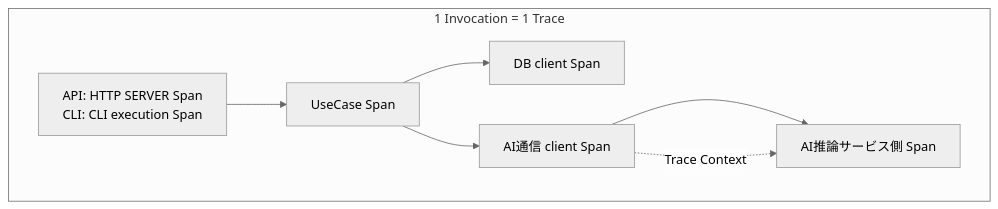
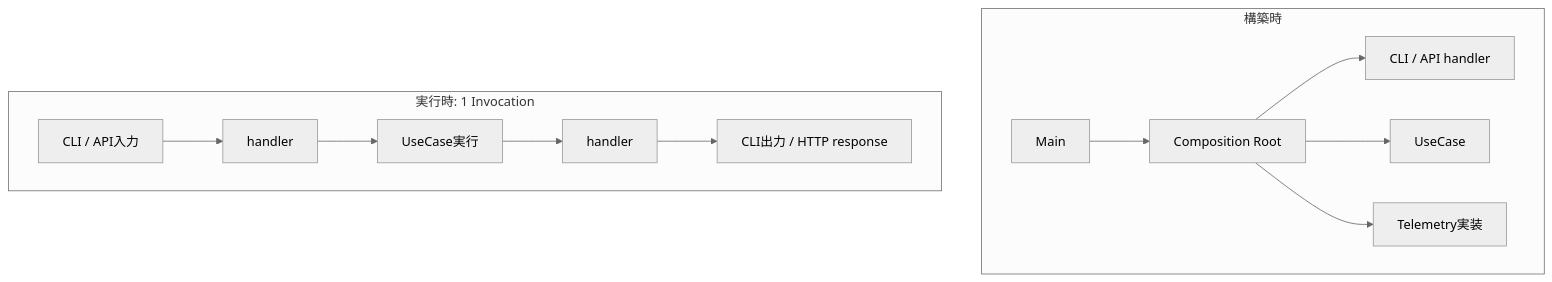
One commit to takashit16833/Workbench changed the second of 2 diagrams in Notes/RAGScope/RAGScopeアプリケーション/RS-0023 Observability設計メモ.md. Above: the diagram before and after it, drawn with Mermaid (neutral theme). The commit also changed other lines of this file and 4 other files, not shown here.

````diff
--- a/Notes/RAGScope/RAGScopeアプリケーション/RS-0023 Observability設計メモ.md
+++ b/Notes/RAGScope/RAGScopeアプリケーション/RS-0023 Observability設計メモ.md
@@ -69,11 +99,16 @@
 ```mermaid
 flowchart TB
-    subgraph TRACE["1 Invocation = 1 Trace"]
-        ENTRY["API: HTTP SERVER Span\nCLI: CLI execution Span"] --> UC["UseCase Span"]
-        UC --> DB["DB client Span"]
-        UC --> AI_REQ["AI通信 client Span"]
-        AI_REQ --> AI_SVC["AI推論サービス側 Span"]
+    subgraph BUILD["構築時"]
+        MAIN["Main"] --> CR["Composition Root"]
+        CR --> HDEF["CLI / API handler"]
+        CR --> UCDEF["UseCase"]
+        CR --> TEL["Telemetry実装"]
     end
 
-    AI_REQ -. "Trace Context" .-> AI_SVC
+    subgraph RUN["実行時: 1 Invocation"]
+        INPUT["CLI / API入力"] --> H1["handler"]
+        H1 --> UC["UseCase実行"]
+        UC --> H2["handler"]
+        H2 --> OUTPUT["CLI出力 / HTTP response"]
+    end
 ```
````
